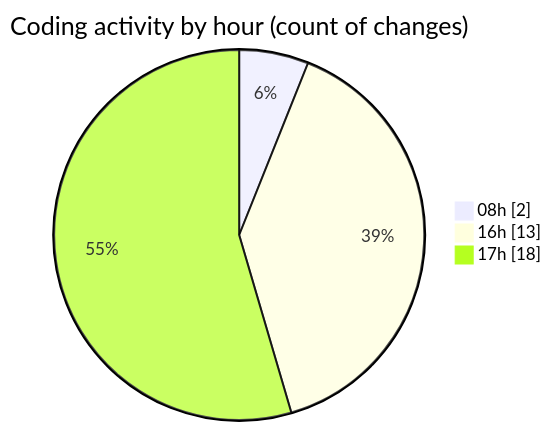
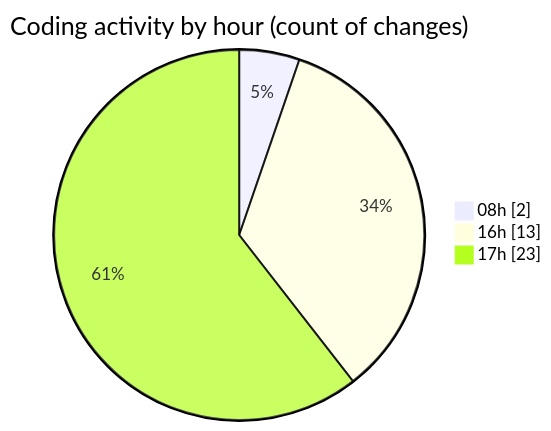
One commit to robertbonfada/code-tracking changed the second of 2 diagrams in 2025-03-14/lumine-web/README.md. Above: the diagram before and after it, drawn with Mermaid. The commit also changed other lines of this file and 1 other file, not shown here.

````diff
--- a/2025-03-14/lumine-web/README.md
+++ b/2025-03-14/lumine-web/README.md
@@ -41,7 +41,7 @@
 ```mermaid
 pie showData
 title Coding activity by hour (count of changes)
 "08h" : 2
 "16h" : 13
-"17h" : 18
+"17h" : 23
 ```
````
